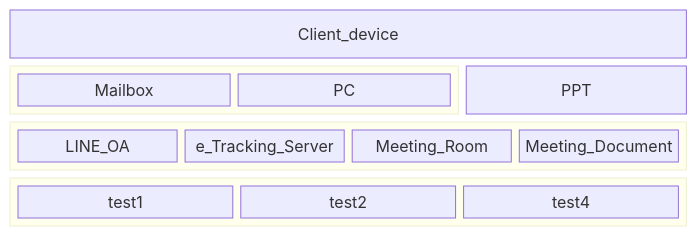
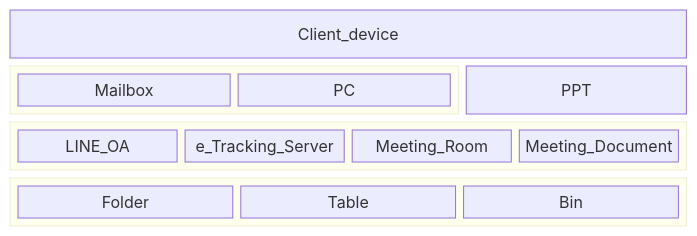
One commit to Kietpawpan/pdpa changed the sixth of 6 diagrams in README.md. Above: the diagram before and after it, drawn with Mermaid.

````diff
--- a/README.md
+++ b/README.md
@@ -123,17 +123,17 @@
 ```mermaid
 block-beta
   columns 3
   Client_device:3
   block:group1:2
     columns 2
     Mailbox PC
   end
   PPT
   block:group2:3
     %% columns auto (default)
     LINE_OA e_Tracking_Server Meeting_Room Meeting_Document
 end
   block:group3:3
-  	test1 test2 test4
+  	Folder Table Bin
 end
 ```
````
